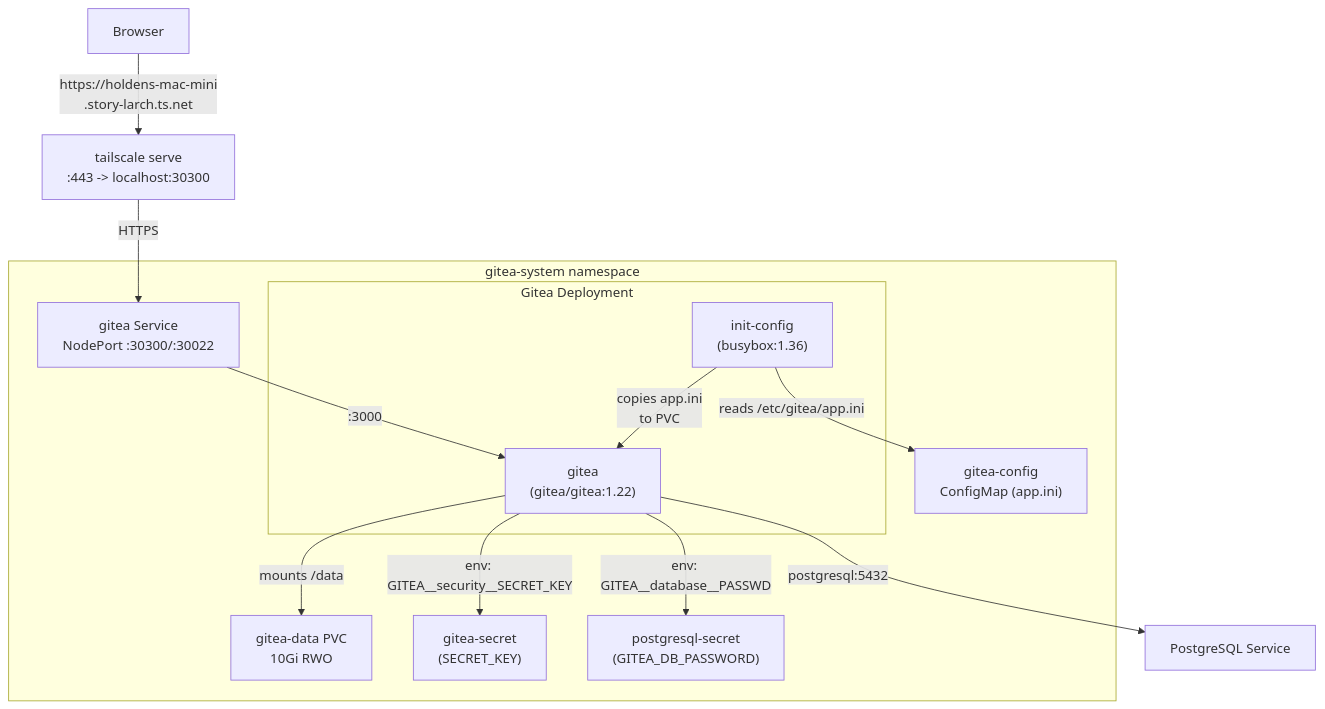
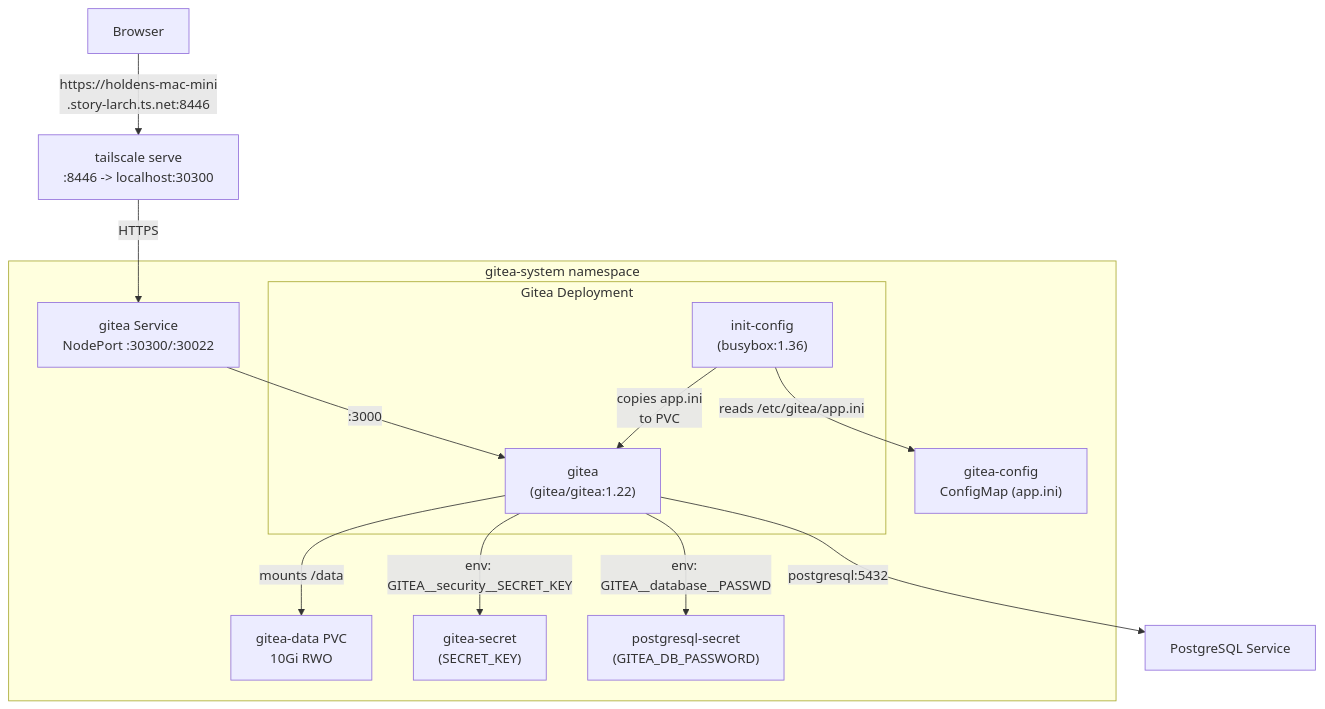
One commit to haingth77/homelab changed the first of 6 diagrams in k8s/apps/gitea/README.md. Above: the diagram before and after it, drawn with Mermaid. The commit also changed other lines of this file and 15 other files, not shown here.

````diff
--- a/k8s/apps/gitea/README.md
+++ b/k8s/apps/gitea/README.md
@@ -7,26 +7,26 @@
 ```mermaid
 flowchart TD
     subgraph giteaNs["gitea-system namespace"]
         subgraph giteaDeploy["Gitea Deployment"]
             InitContainer["init-config\n(busybox:1.36)"]
             GiteaContainer["gitea\n(gitea/gitea:1.22)"]
             InitContainer -- "copies app.ini\nto PVC" --> GiteaContainer
         end
 
         GiteaSvc["gitea Service\nNodePort :30300/:30022"]
         GiteaPVC["gitea-data PVC\n10Gi RWO"]
         GiteaConfigMap["gitea-config\nConfigMap (app.ini)"]
         GiteaSecret["gitea-secret\n(SECRET_KEY)"]
         PgSecret["postgresql-secret\n(GITEA_DB_PASSWORD)"]
 
         GiteaSvc -- ":3000" --> GiteaContainer
         GiteaContainer -- "mounts /data" --> GiteaPVC
         InitContainer -- "reads /etc/gitea/app.ini" --> GiteaConfigMap
         GiteaContainer -- "env: GITEA__database__PASSWD" --> PgSecret
         GiteaContainer -- "env: GITEA__security__SECRET_KEY" --> GiteaSecret
     end
 
-    TServe["tailscale serve\n:443 -> localhost:30300"] -- "HTTPS" --> GiteaSvc
-    User["Browser"] -- "https://holdens-mac-mini\n.story-larch.ts.net" --> TServe
+    TServe["tailscale serve\n:8446 -> localhost:30300"] -- "HTTPS" --> GiteaSvc
+    User["Browser"] -- "https://holdens-mac-mini\n.story-larch.ts.net:8446" --> TServe
     GiteaContainer -- "postgresql:5432" --> PgSvc["PostgreSQL Service"]
 ```
````
